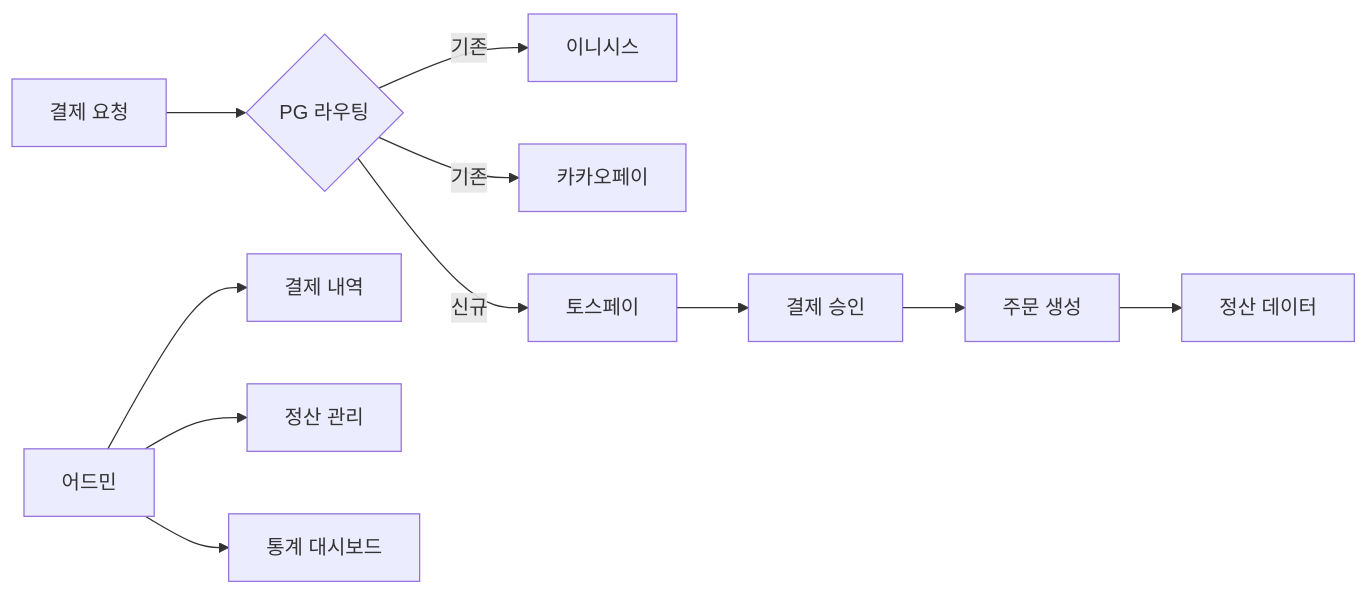
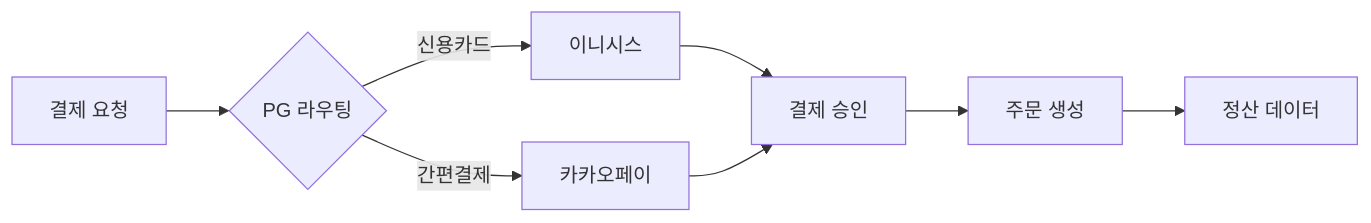
The first of 2 diagrams in portfolio/projects/tosspay-payment-integration/index.md (banggeunho/banggeunho), drawn with Mermaid before and after one commit. The commit also changed other lines of this file and 5 other files, not shown here.

First line of the commit message:
Improve portfolio projects with architect feedback

````diff
--- a/portfolio/projects/tosspay-payment-integration/index.md
+++ b/portfolio/projects/tosspay-payment-integration/index.md
@@ -35,15 +99,10 @@
 ```mermaid
 graph LR
     A[결제 요청] --> B{PG 라우팅}
-    B -->|기존| C[이니시스]
-    B -->|기존| D[카카오페이]
-    B -->|신규| E[토스페이]
-
-    E --> F[결제 승인]
-    F --> G[주문 생성]
-    G --> H[정산 데이터]
-
-    I[어드민] --> J[결제 내역]
-    I --> K[정산 관리]
-    I --> L[통계 대시보드]
+    B -->|신용카드| C[이니시스]
+    B -->|간편결제| D[카카오페이]
+    C --> E[결제 승인]
+    D --> E
+    E --> F[주문 생성]
+    F --> G[정산 데이터]
 ```
````
